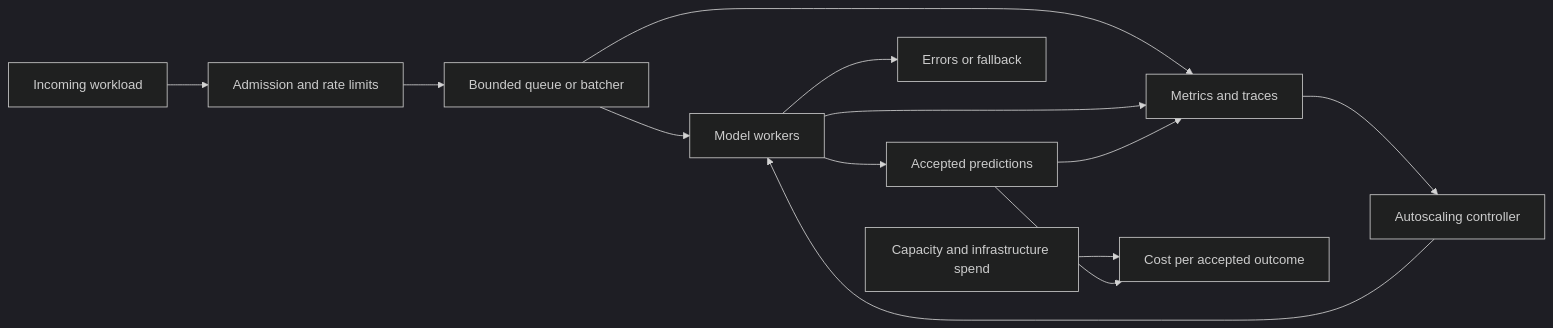
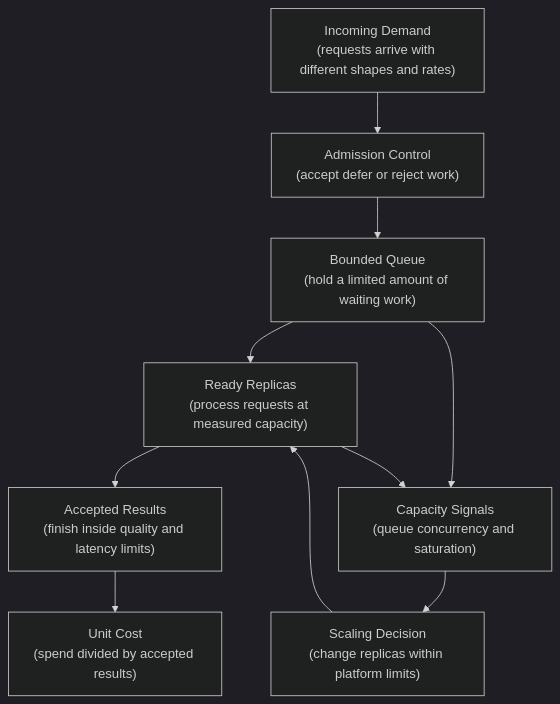
The first of 8 diagrams in roadmaps/mlops/modules/model-serving/serving-performance/01-latency-throughput-autoscaling-cost.md (senlinyy/dev-roadmaps), drawn with Mermaid (dark theme) before and after one commit. The commit also changed other lines of this file and 152 other files, not shown here.

Commit message:
feat: mlops and diagrams updated

````diff
--- a/roadmaps/mlops/modules/model-serving/serving-performance/01-latency-throughput-autoscaling-cost.md
+++ b/roadmaps/mlops/modules/model-serving/serving-performance/01-latency-throughput-autoscaling-cost.md
@@ -32,15 +40,14 @@
 ```mermaid
-flowchart LR
-    A[Incoming workload] --> B[Admission and rate limits]
-    B --> C[Bounded queue or batcher]
-    C --> D[Model workers]
-    D --> E[Accepted predictions]
-    D --> F[Errors or fallback]
-    G[Metrics and traces] --> H[Autoscaling controller]
-    C --> G
-    D --> G
-    E --> G
-    H --> D
-    I[Capacity and infrastructure spend] --> J[Cost per accepted outcome]
-    E --> J
+flowchart TD
+    A["Incoming Demand<br/>(requests arrive with different shapes and rates)"] --> B["Admission Control<br/>(accept defer or reject work)"]
+    B --> C["Bounded Queue<br/>(hold a limited amount of waiting work)"]
+    C --> D["Ready Replicas<br/>(process requests at measured capacity)"]
+    D --> E["Accepted Results<br/>(finish inside quality and latency limits)"]
+    C --> F["Capacity Signals<br/>(queue concurrency and saturation)"]
+    D --> F
+    F --> G["Scaling Decision<br/>(change replicas within platform limits)"]
+    G --> D
+    E --> H["Unit Cost<br/>(spend divided by accepted results)"]
+
+    class A demand; class B,C,D system; class F,G control; class E,H result
 ```
````
